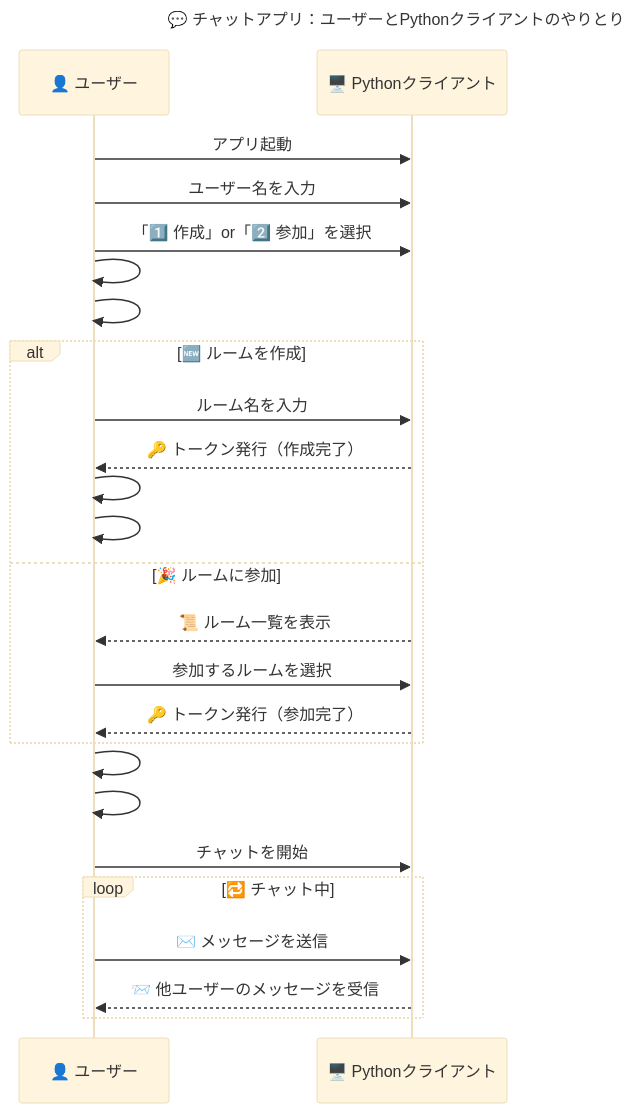
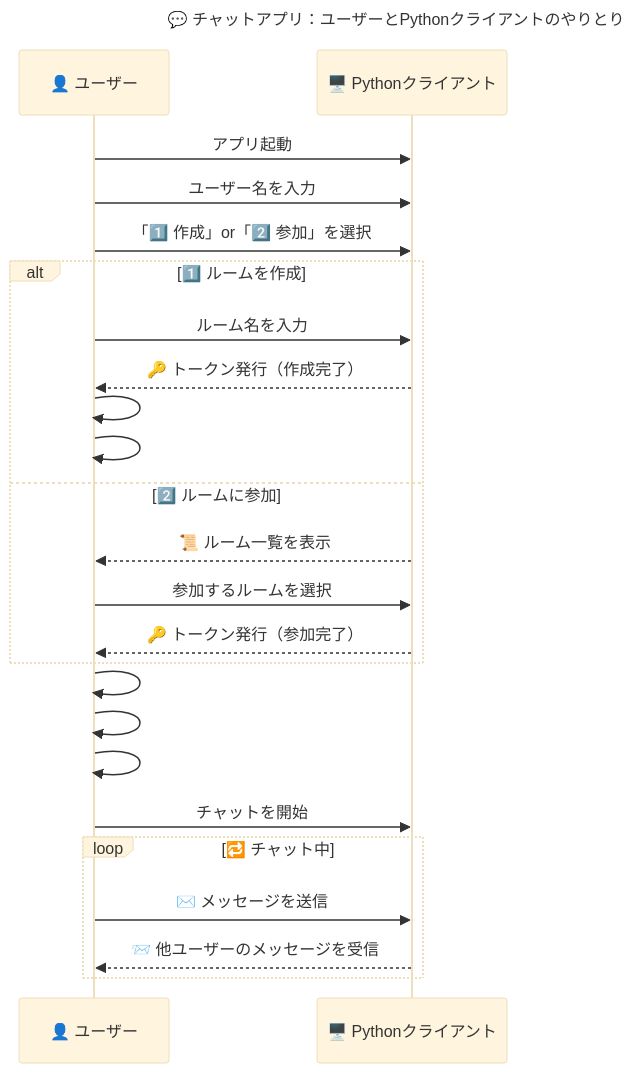
One commit to BackendExplorer/Tenshin changed the second of 3 diagrams in README.md. Above: the diagram before and after it, drawn with Mermaid (base theme).

````diff
--- a/README.md
+++ b/README.md
@@ -41,44 +41,40 @@
 ```mermaid
 sequenceDiagram
     title 💬 チャットアプリ：ユーザーとPythonクライアントのやりとり
 
     participant ユーザー as 👤 ユーザー
     participant クライアント as 🖥️ Pythonクライアント
 
     %% === 🚀 起動フェーズ ===
     ユーザー->>クライアント: アプリ起動
     ユーザー->>クライアント: ユーザー名を入力
     ユーザー->>クライアント: 「1️⃣ 作成」or「2️⃣ 参加」を選択
 
-    %% ⬜ フェーズ間余白
-    ユーザー->>ユーザー:
-    ユーザー->>ユーザー:
-
     %% === 🏠 ルーム選択フェーズ ===
-    alt 🆕 ルームを作成
+    alt 1️⃣ ルームを作成
         ユーザー->>クライアント: ルーム名を入力
         クライアント-->>ユーザー: 🔑 トークン発行（作成完了）
 
-        %% ブロック間スペース
+        %% 作成と参加の間にスペース
         ユーザー->>ユーザー:
         ユーザー->>ユーザー:
 
-    else 🎉 ルームに参加
+    else 2️⃣ ルームに参加
         クライアント-->>ユーザー: 📜 ルーム一覧を表示
         ユーザー->>クライアント: 参加するルームを選択
         クライアント-->>ユーザー: 🔑 トークン発行（参加完了）
     end
 
-    %% ⬜ フェーズ間余白
+    %% altブロックとチャットの間に空行挿入
+    ユーザー->>ユーザー:
     ユーザー->>ユーザー:
     ユーザー->>ユーザー:
 
     %% === 💬 チャットフェーズ ===
     ユーザー->>クライアント: チャットを開始
 
     loop 🔁 チャット中
         ユーザー->>クライアント: ✉️ メッセージを送信
         クライアント-->>ユーザー: 📨 他ユーザーのメッセージを受信
     end
-
 ```
````
